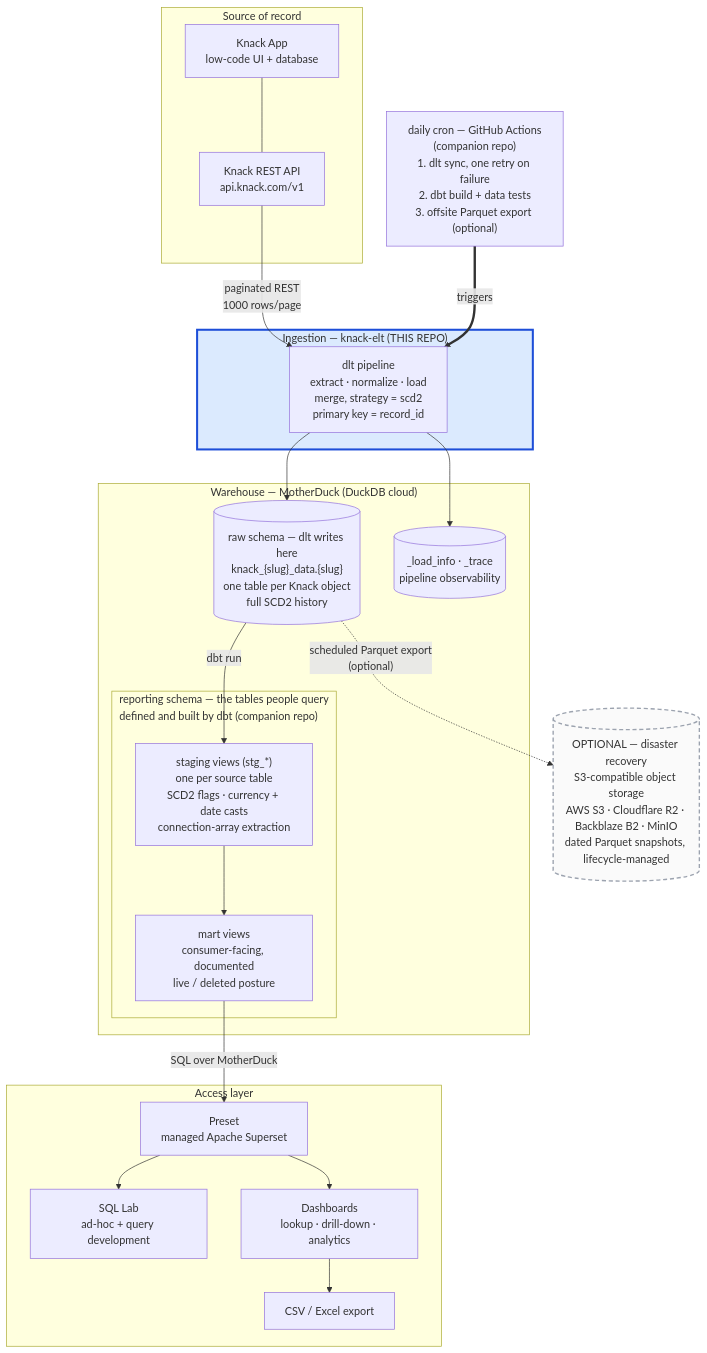
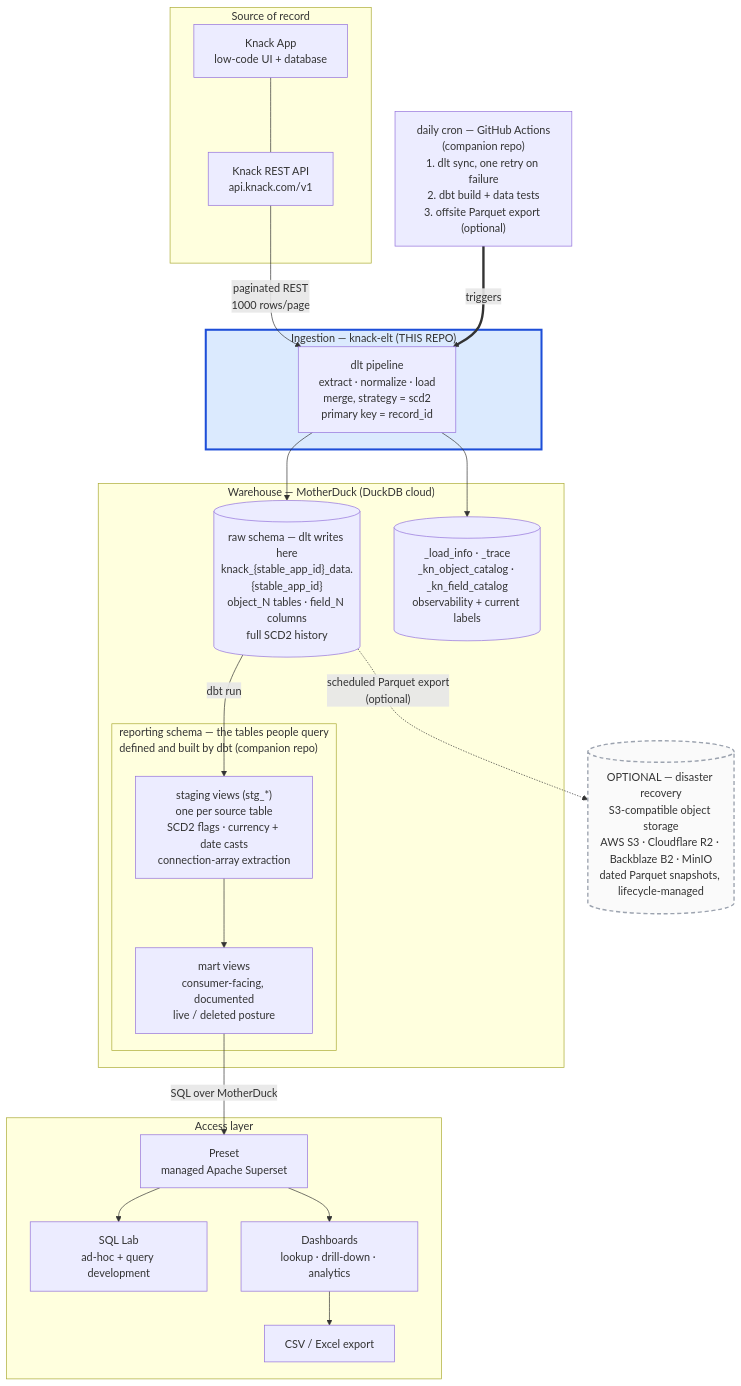
The second of 5 diagrams in docs/ARCHITECTURE.md (mcmasty/knack-elt), drawn with Mermaid before and after one commit. The commit also changed other lines of this file and 9 other files, not shown here.

Commit message:
Fix SCD2 reconciliation and stable warehouse identities

````diff
--- a/docs/ARCHITECTURE.md
+++ b/docs/ARCHITECTURE.md
@@ -88,50 +88,50 @@
 ```mermaid
 flowchart TB
     subgraph src["Source of record"]
         knack["Knack App<br/>low-code UI + database"]
         kapi["Knack REST API<br/>api.knack.com/v1"]
         knack --- kapi
     end
 
     subgraph elt["Ingestion — knack-elt (THIS REPO)"]
         pipe["dlt pipeline<br/>extract · normalize · load<br/>merge, strategy = scd2<br/>primary key = record_id"]
     end
 
     subgraph md["Warehouse — MotherDuck (DuckDB cloud)"]
-        raw[("raw schema — dlt writes here<br/>knack_{slug}_data.{slug}<br/>one table per Knack object<br/>full SCD2 history")]
-        obs[("_load_info · _trace<br/>pipeline observability")]
+        raw[("raw schema — dlt writes here<br/>knack_{stable_app_id}_data.{stable_app_id}<br/>object_N tables · field_N columns<br/>full SCD2 history")]
+        obs[("_load_info · _trace<br/>_kn_object_catalog · _kn_field_catalog<br/>observability + current labels")]
 
         subgraph rep["reporting schema — the tables people query<br/>defined and built by dbt (companion repo)"]
             stg["staging views (stg_*)<br/>one per source table<br/>SCD2 flags · currency + date casts<br/>connection-array extraction"]
             marts["mart views<br/>consumer-facing, documented<br/>live / deleted posture"]
             stg --> marts
         end
     end
 
     subgraph bi["Access layer"]
         preset["Preset<br/>managed Apache Superset"]
         lab["SQL Lab<br/>ad-hoc + query development"]
         dash["Dashboards<br/>lookup · drill-down · analytics"]
         exp["CSV / Excel export"]
         preset --> lab
         preset --> dash
         dash --> exp
     end
 
     kapi -->|"paginated REST<br/>1000 rows/page"| pipe
     pipe --> raw
     pipe --> obs
     raw -->|"dbt run"| stg
     marts -->|"SQL over MotherDuck"| preset
 
     cron["daily cron — GitHub Actions<br/>(companion repo)<br/>1. dlt sync, one retry on failure<br/>2. dbt build + data tests<br/>3. offsite Parquet export (optional)"]
     s3[("OPTIONAL — disaster recovery<br/>S3-compatible object storage<br/>AWS S3 · Cloudflare R2 · Backblaze B2 · MinIO<br/>dated Parquet snapshots, lifecycle-managed")]
 
     cron ==>|"triggers"| pipe
     raw -.->|"scheduled Parquet export<br/>(optional)"| s3
 
     classDef here fill:#dbeafe,stroke:#1d4ed8,stroke-width:3px
     classDef optional fill:#fafafa,stroke:#9ca3af,stroke-width:2px,stroke-dasharray: 6 4
     class elt here
     class s3 optional
 ```
````
